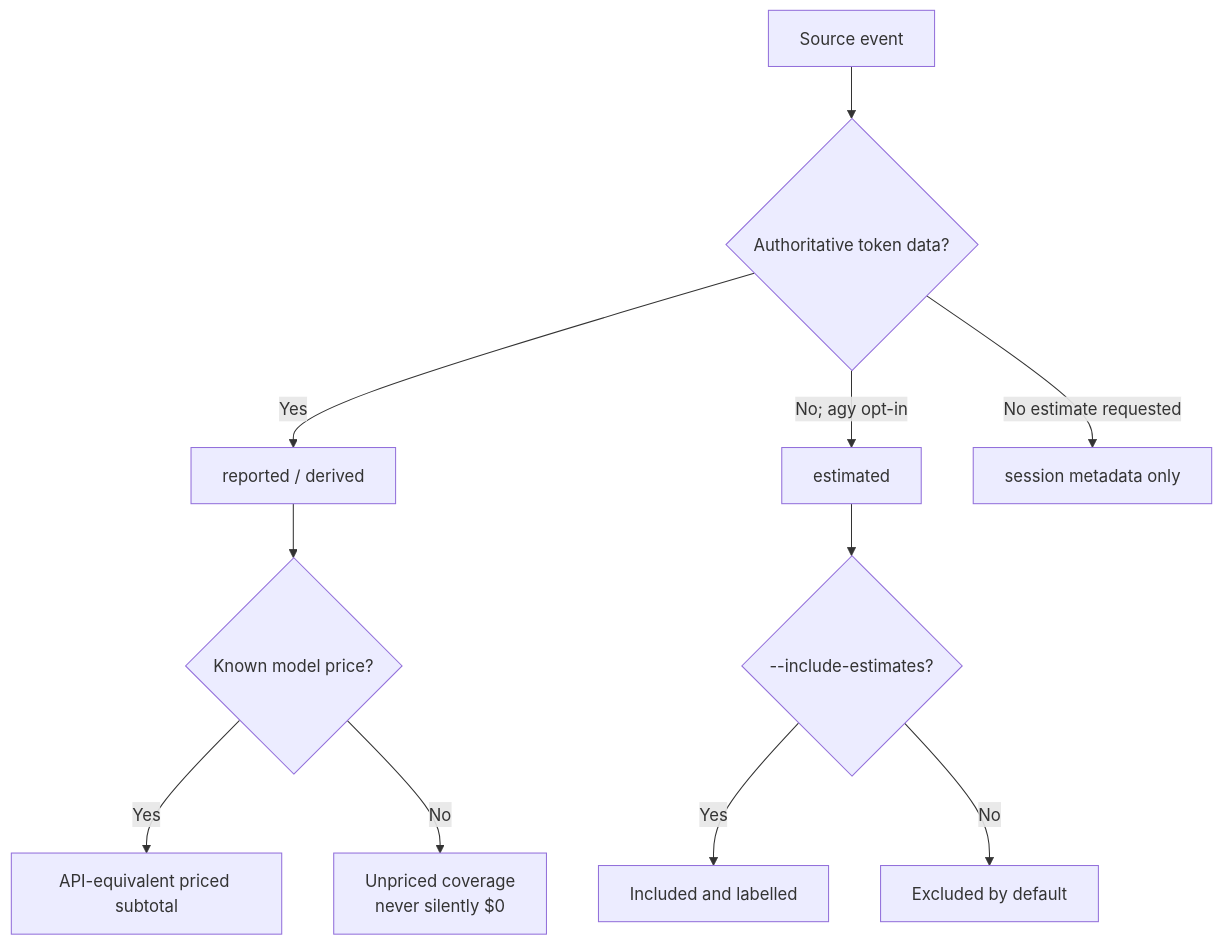
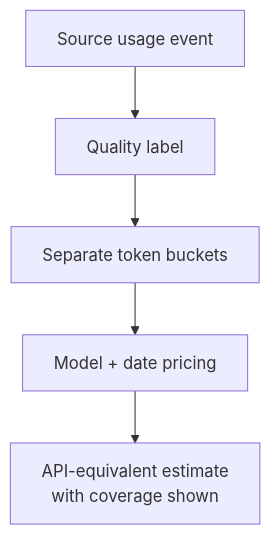
One commit to spencer-life/ai-tracker changed the second of 2 diagrams in README.md. Above: the diagram before and after it, drawn with Mermaid. The commit also changed other lines of this file, not shown here.

````diff
--- a/README.md
+++ b/README.md
@@ -100,15 +106,9 @@
 ```mermaid
 flowchart TD
-  E["Source event"] --> Q{"Authoritative token data?"}
-  Q -->|Yes| M["reported / derived"]
-  Q -->|No; agy opt-in| X["estimated"]
-  Q -->|No estimate requested| S["session metadata only"]
-
-  M --> P{"Known model price?"}
-  P -->|Yes| C["API-equivalent priced subtotal"]
-  P -->|No| U["Unpriced coverage<br/>never silently $0"]
-
-  X --> I{"--include-estimates?"}
-  I -->|Yes| V["Included and labelled"]
-  I -->|No| O["Excluded by default"]
+  A["Source usage event"]
+  B["Quality label"]
+  C["Separate token buckets"]
+  D["Model + date pricing"]
+  E["API-equivalent estimate<br/>with coverage shown"]
+  A --> B --> C --> D --> E
 ```
````
